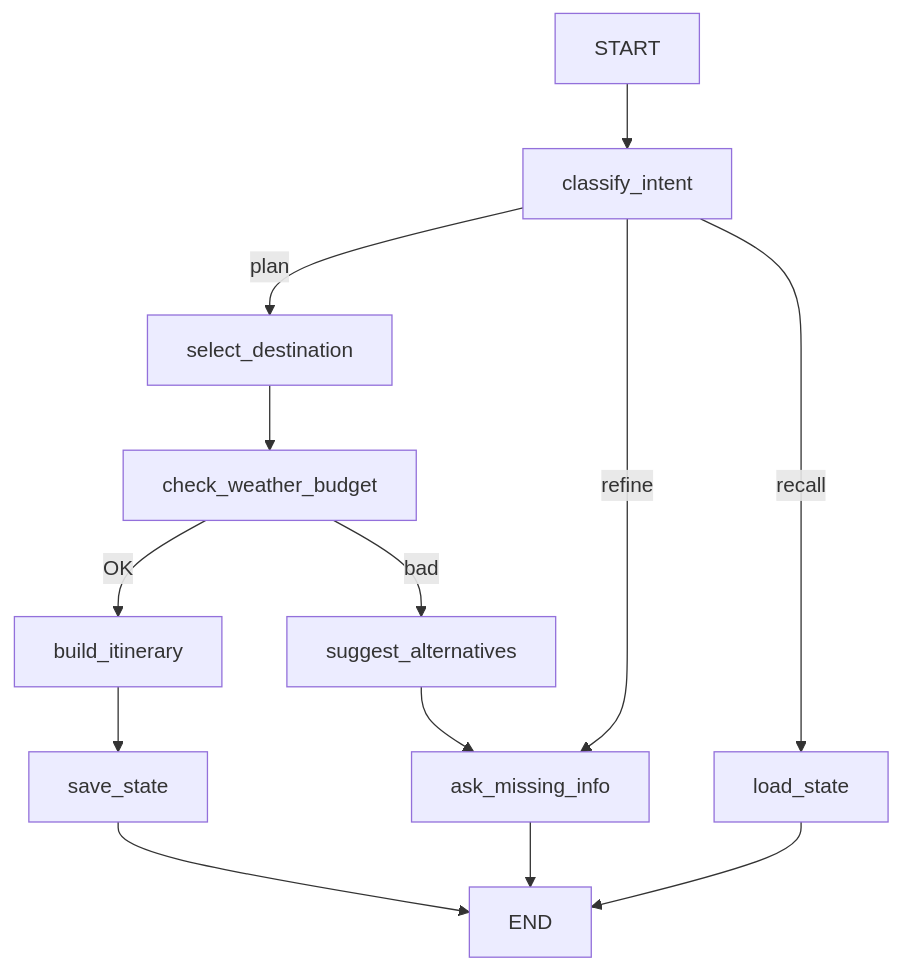
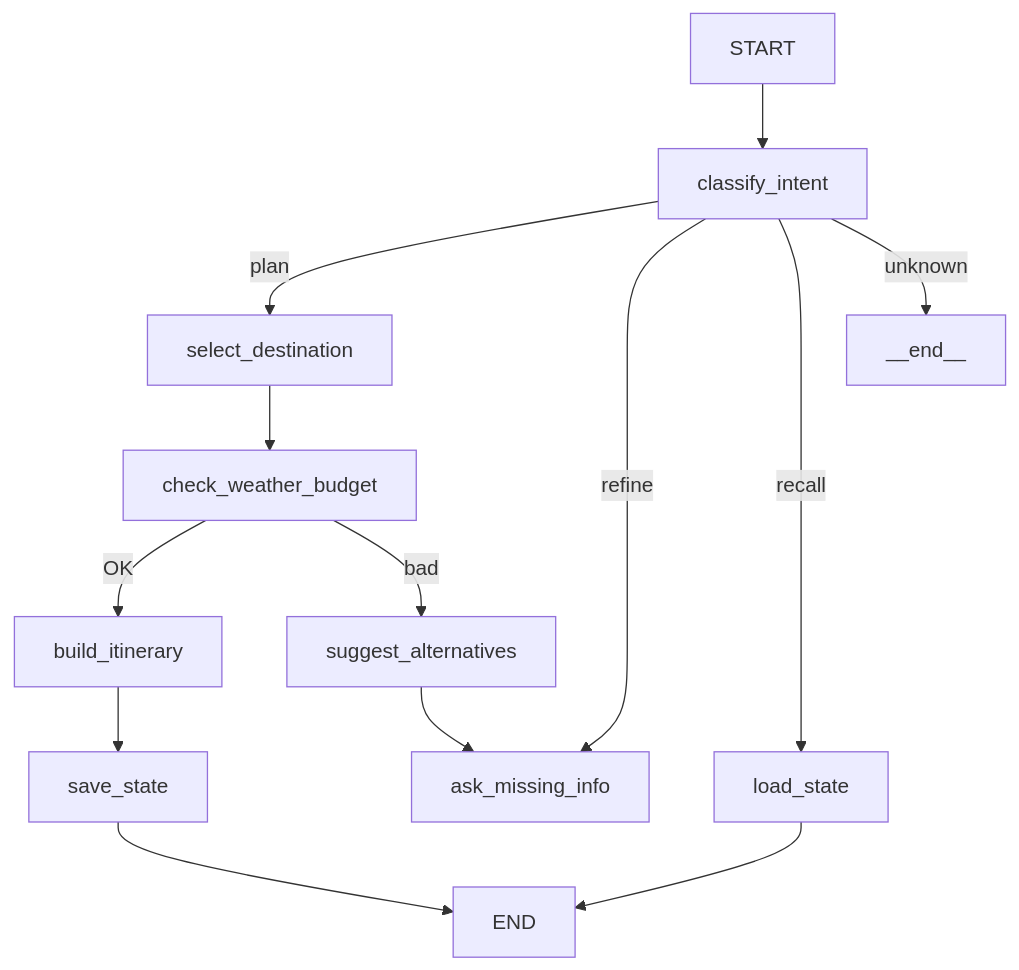
The diagram in README.md (troshinvlaad/ai-agent), drawn with Mermaid before and after one commit. The commit also changed other lines of this file and 2 other files, not shown here.

````diff
--- a/README.md
+++ b/README.md
@@ -24,15 +22,15 @@
 ```mermaid
 graph TD
     START --> classify_intent
     classify_intent -->|plan| select_destination
     classify_intent -->|refine| ask_missing_info
     classify_intent -->|recall| load_state
+    classify_intent -->|unknown| __end__
     select_destination --> check_weather_budget
     check_weather_budget -->|OK| build_itinerary
     check_weather_budget -->|bad| suggest_alternatives
     suggest_alternatives --> ask_missing_info
     build_itinerary --> save_state
-    ask_missing_info --> END
     load_state --> END
     save_state --> END
 ```
````
